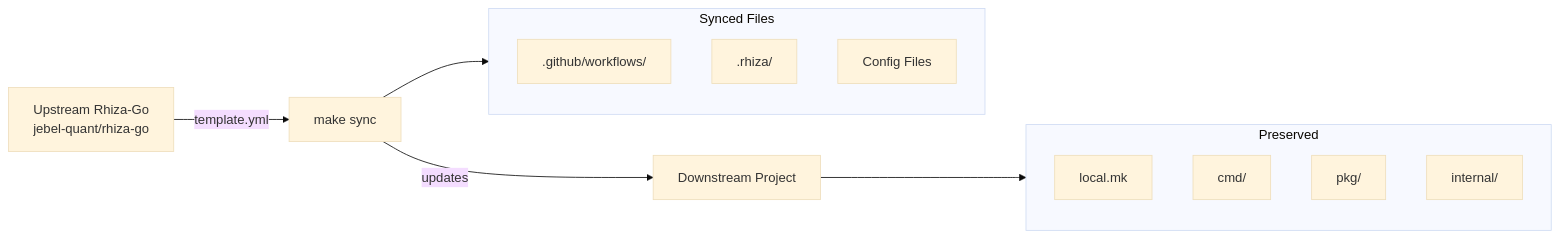
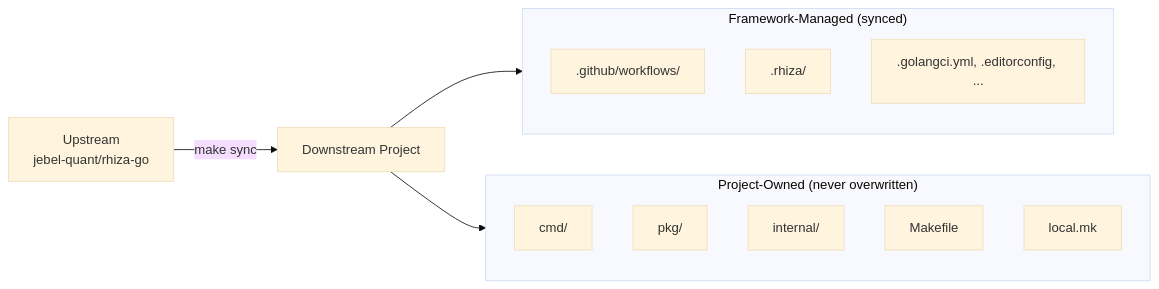
One commit to Jebel-Quant/rhiza-go changed the fourth of 7 diagrams in docs/ARCHITECTURE.md. Above: the diagram before and after it, drawn with Mermaid (base theme). The commit also changed other lines of this file, not shown here.

````diff
--- a/docs/ARCHITECTURE.md
+++ b/docs/ARCHITECTURE.md
@@ -126,21 +222,21 @@
 ```mermaid
 flowchart LR
-    upstream[Upstream Rhiza-Go<br/>jebel-quant/rhiza-go] -->|template.yml| sync[make sync]
-    sync -->|updates| downstream[Downstream Project]
+    upstream[Upstream<br/>jebel-quant/rhiza-go] -->|"make sync"| downstream[Downstream Project]
 
-    subgraph Synced["Synced Files"]
+    subgraph Synced["Framework-Managed (synced)"]
         workflows[.github/workflows/]
         rhiza[.rhiza/]
-        configs[Config Files]
+        configs[.golangci.yml, .editorconfig, ...]
     end
 
-    subgraph Preserved["Preserved"]
-        localmk[local.mk]
+    subgraph Owned["Project-Owned (never overwritten)"]
         cmd[cmd/]
         pkg[pkg/]
         internal[internal/]
+        makefile[Makefile]
+        localmk[local.mk]
     end
 
-    sync --> Synced
-    downstream --> Preserved
+    downstream --> Synced
+    downstream --> Owned
 ```
````
